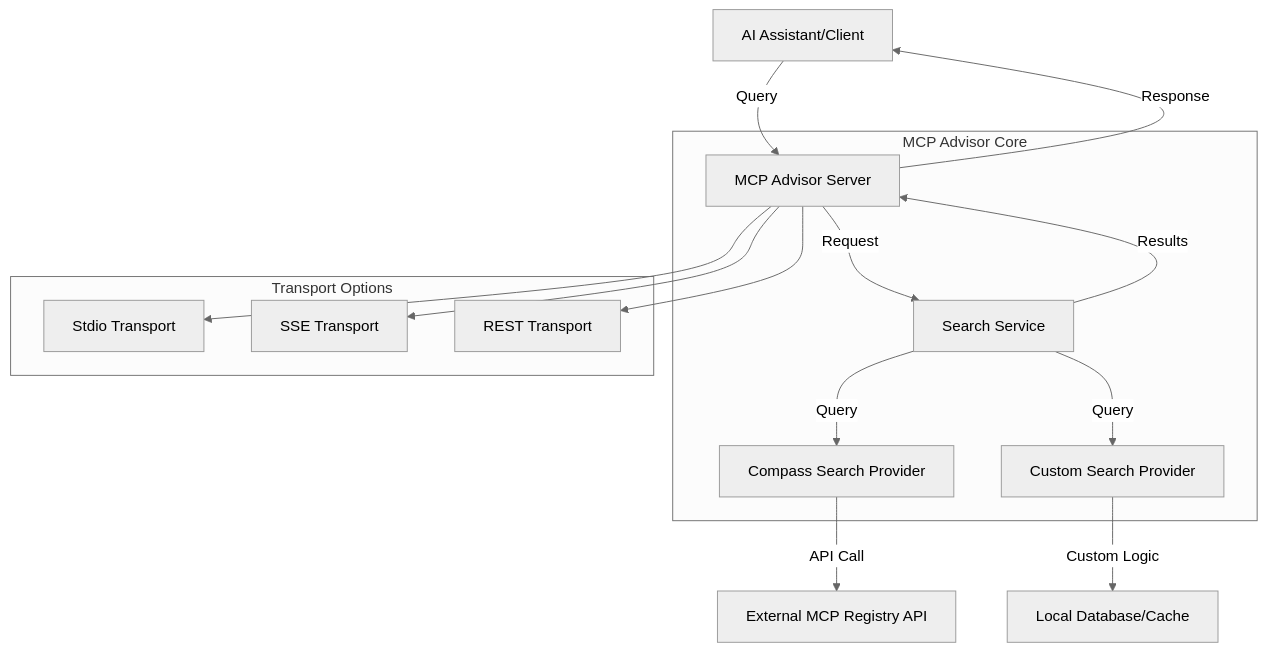
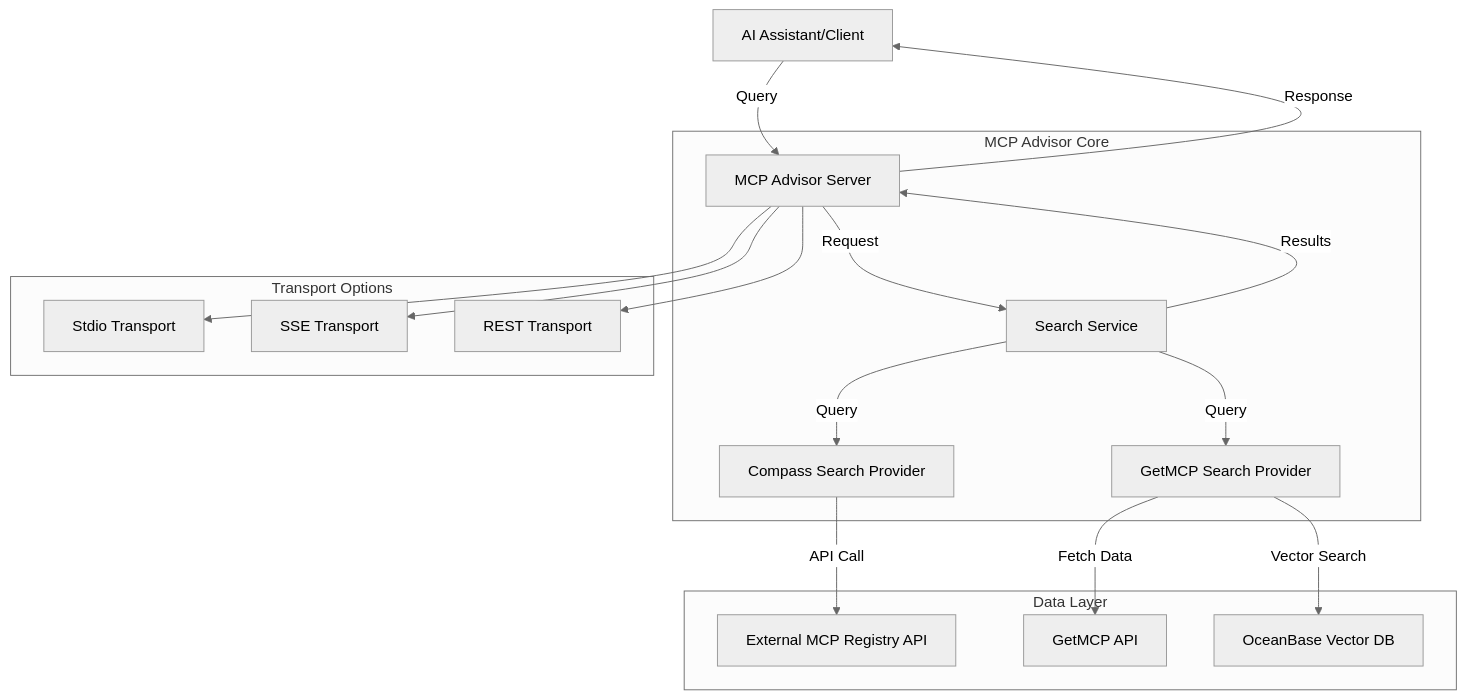
One commit to OI-OS/OI-mcpadvisor changed the first of 2 diagrams in README.md. Above: the diagram before and after it, drawn with Mermaid (neutral theme). The commit also changed other lines of this file and 27 other files, not shown here.

Commit message:
feat(db): Implement OceanBase vector search integration

````diff
--- a/README.md
+++ b/README.md
@@ -25,28 +27,35 @@
 ```mermaid
 graph TD
     Client[AI Assistant/Client] --> |Query| Server[MCP Advisor Server]
     Server --> |Request| SearchService[Search Service]
     SearchService --> |Query| Provider1[Compass Search Provider]
-    SearchService --> |Query| Provider2[Custom Search Provider]
+    SearchService --> |Query| Provider2[GetMCP Search Provider]
     Provider1 --> |API Call| ExternalAPI[External MCP Registry API]
-    Provider2 --> |Custom Logic| LocalDB[Local Database/Cache]
+    Provider2 --> |Fetch Data| GetMCPAPI[GetMCP API]
+    Provider2 --> |Vector Search| OceanBase[OceanBase Vector DB]
     SearchService --> |Results| Server
     Server --> |Response| Client
 
     subgraph "MCP Advisor Core"
         Server
         SearchService
         Provider1
         Provider2
+    end
+
+    subgraph "Data Layer"
+        GetMCPAPI
+        OceanBase
+        ExternalAPI
     end
 
     subgraph "Transport Options"
         Stdio[Stdio Transport]
         SSE[SSE Transport]
         REST[REST Transport]
     end
 
     Server --> Stdio
     Server --> SSE
     Server --> REST
 ```
````
